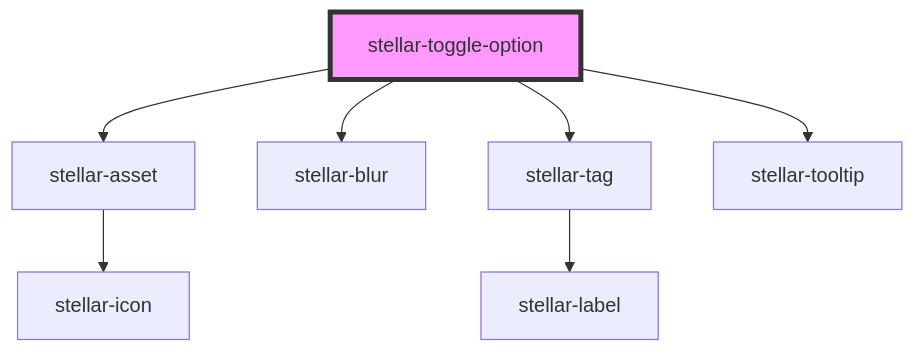
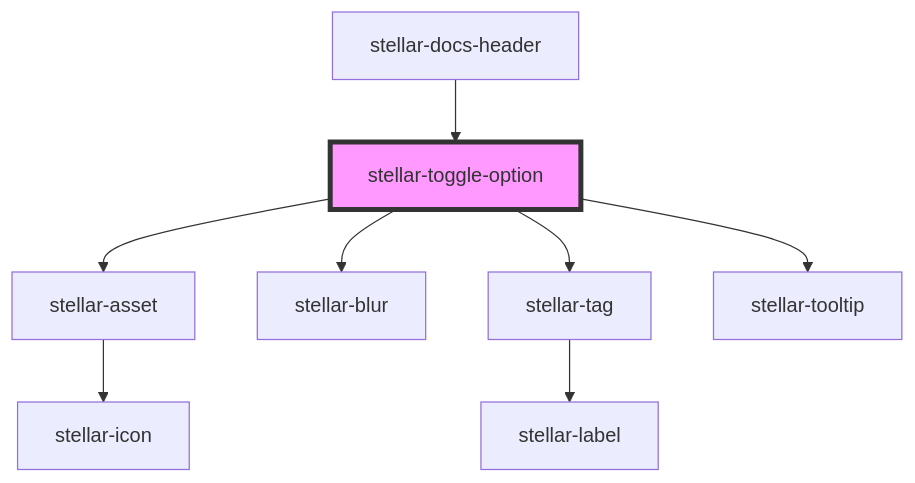
One commit to splitinfinities/Stellar changed the diagram in src/components/forms/toggle-option/readme.md. Above: the diagram before and after it, drawn with Mermaid. The commit also changed other lines of this file and 50 other files, not shown here.

````diff
--- a/src/components/forms/toggle-option/readme.md
+++ b/src/components/forms/toggle-option/readme.md
@@ -69,10 +73,11 @@
 ```mermaid
 graph TD;
   stellar-toggle-option --> stellar-asset
   stellar-toggle-option --> stellar-blur
   stellar-toggle-option --> stellar-tag
   stellar-toggle-option --> stellar-tooltip
   stellar-asset --> stellar-icon
   stellar-tag --> stellar-label
+  stellar-docs-header --> stellar-toggle-option
   style stellar-toggle-option fill:#f9f,stroke:#333,stroke-width:4px
 ```
````
